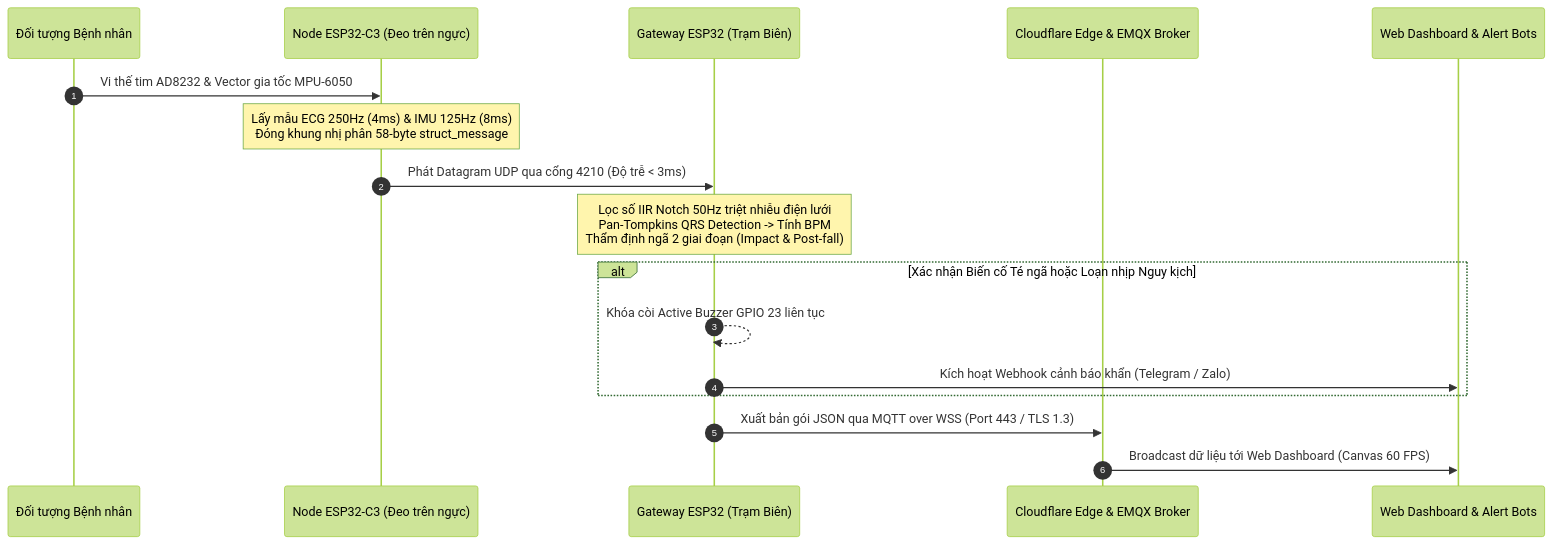
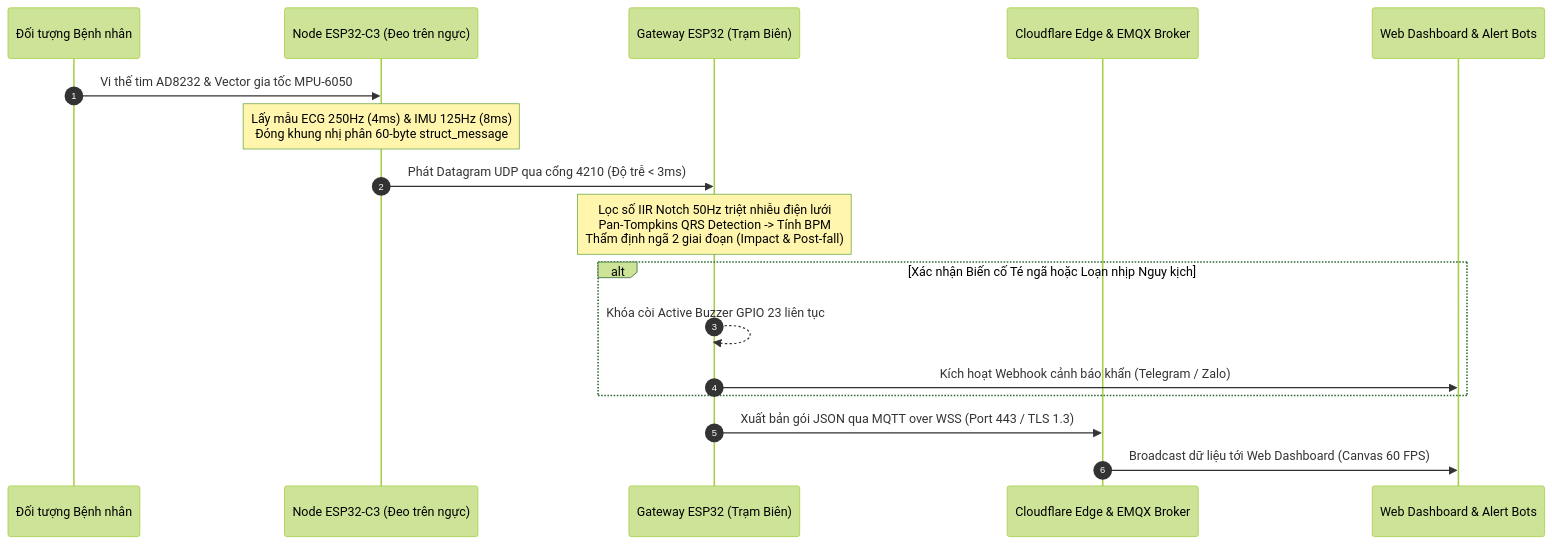
The second of 4 diagrams in SYSTEM_ARCHITECTURE.md (tsbyinchei/IoMT-ECG-FallDetection), drawn with Mermaid (forest theme) before and after one commit. The commit also changed other lines of this file and 2 other files, not shown here.

````diff
--- a/SYSTEM_ARCHITECTURE.md
+++ b/SYSTEM_ARCHITECTURE.md
@@ -154,20 +154,20 @@
 ```mermaid
 sequenceDiagram
     autonumber
     participant Patient as Đối tượng Bệnh nhân
     participant C3 as Node ESP32-C3 (Đeo trên ngực)
     participant GW as Gateway ESP32 (Trạm Biên)
     participant Cloud as Cloudflare Edge & EMQX Broker
     participant Client as Web Dashboard & Alert Bots
 
     Patient->>C3: Vi thế tim AD8232 & Vector gia tốc MPU-6050
-    Note over C3: Lấy mẫu ECG 250Hz (4ms) & IMU 125Hz (8ms)<br/>Đóng khung nhị phân 58-byte struct_message
+    Note over C3: Lấy mẫu ECG 250Hz (4ms) & IMU 125Hz (8ms)<br/>Đóng khung nhị phân 60-byte struct_message
     C3->>GW: Phát Datagram UDP qua cổng 4210 (Độ trễ < 3ms)
     Note over GW: Lọc số IIR Notch 50Hz triệt nhiễu điện lưới<br/>Pan-Tompkins QRS Detection -> Tính BPM<br/>Thẩm định ngã 2 giai đoạn (Impact & Post-fall)
     alt Xác nhận Biến cố Té ngã hoặc Loạn nhịp Nguy kịch
         GW-->>GW: Khóa còi Active Buzzer GPIO 23 liên tục
         GW->>Client: Kích hoạt Webhook cảnh báo khẩn (Telegram / Zalo)
     end
     GW->>Cloud: Xuất bản gói JSON qua MQTT over WSS (Port 443 / TLS 1.3)
     Cloud->>Client: Broadcast dữ liệu tới Web Dashboard (Canvas 60 FPS)
 ```
````
